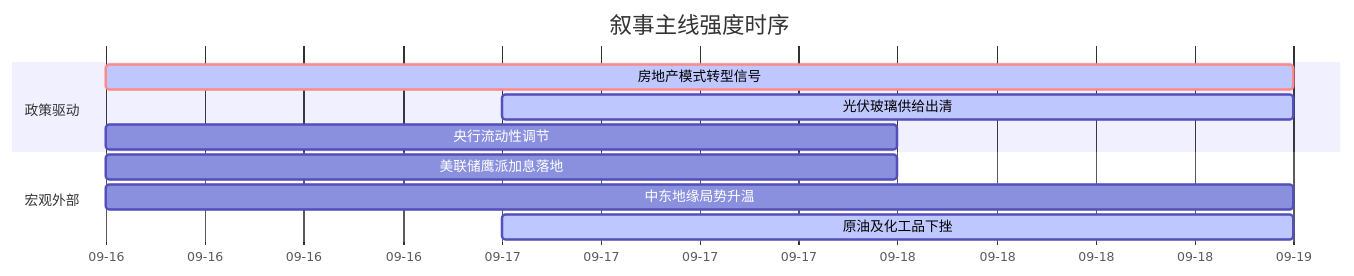
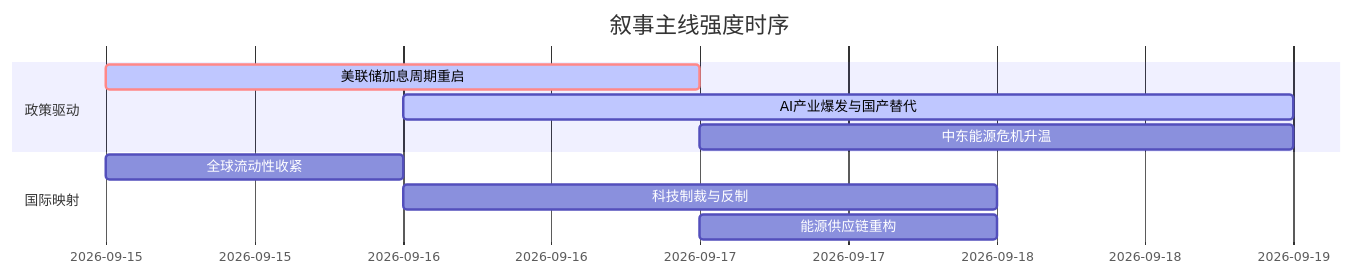
The diagram in 5day_report.md (uu5zn/uu5zn.github.io), drawn with Mermaid before and after one commit. The commit also changed other lines of this file and 3 other files, not shown here.

````diff
--- a/5day_report.md
+++ b/5day_report.md
@@ -49,15 +58,14 @@
 ```mermaid
 gantt
     title 叙事主线强度时序
-    dateFormat  YYYY-MM-DD
-    axisFormat  %m-%d
+    dateFormat YYYY-MM-DD
     section 政策驱动
-    房地产模式转型信号   :crit, active, 2026-09-16, 3d
-    光伏玻璃供给出清    :active, 2026-09-17, 2d
-    央行流动性调节      :2026-09-16, 2d
+    美联储加息周期重启   :crit, active, 2026-09-15, 2d
+    AI产业爆发与国产替代   :active, 2026-09-16, 3d
+    中东能源危机升温     :2026-09-17, 2d
     
-    section 宏观外部
-    美联储鹰派加息落地  :2026-09-16, 2d
-    中东地缘局势升温    :2026-09-16, 3d
-    原油及化工品下挫    :active, 2026-09-17, 2d
+    section 国际映射
+    全球流动性收紧       :2026-09-15, 1d
+    科技制裁与反制       :2026-09-16, 2d
+    能源供应链重构       :2026-09-17, 1d
 ```
````
